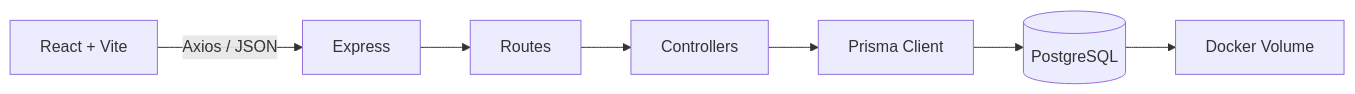
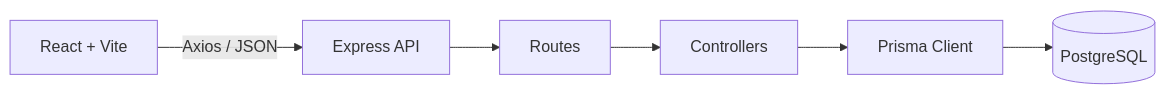
Before and after one commit to RenzoFernandes/process-hub: the diagram in docs/APRESENTACAO_TECNICA.md, drawn with Mermaid. The commit also changed other lines of this file and 18 other files, not shown here.

Commit message:
feat: replace flowchart with enterprise process explorer

````diff
--- a/docs/APRESENTACAO_TECNICA.md
+++ b/docs/APRESENTACAO_TECNICA.md
@@ -35,9 +36,8 @@
 ```mermaid
 flowchart LR
-  Browser[React + Vite] -->|Axios / JSON| API[Express]
+  Browser[React + Vite] -->|Axios / JSON| API[Express API]
   API --> Routes[Routes]
   Routes --> Controllers[Controllers]
   Controllers --> Prisma[Prisma Client]
   Prisma --> DB[(PostgreSQL)]
-  DB --> Docker[Docker Volume]
 ```
````
